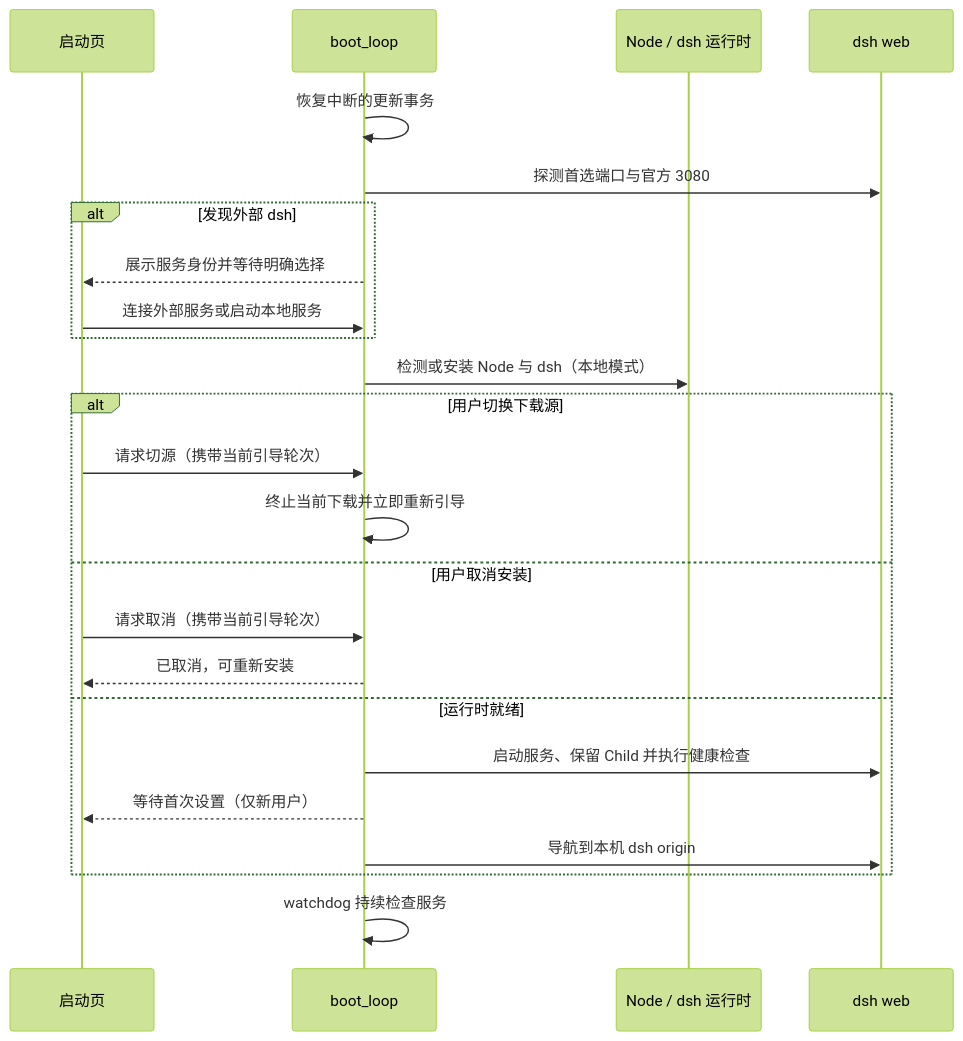
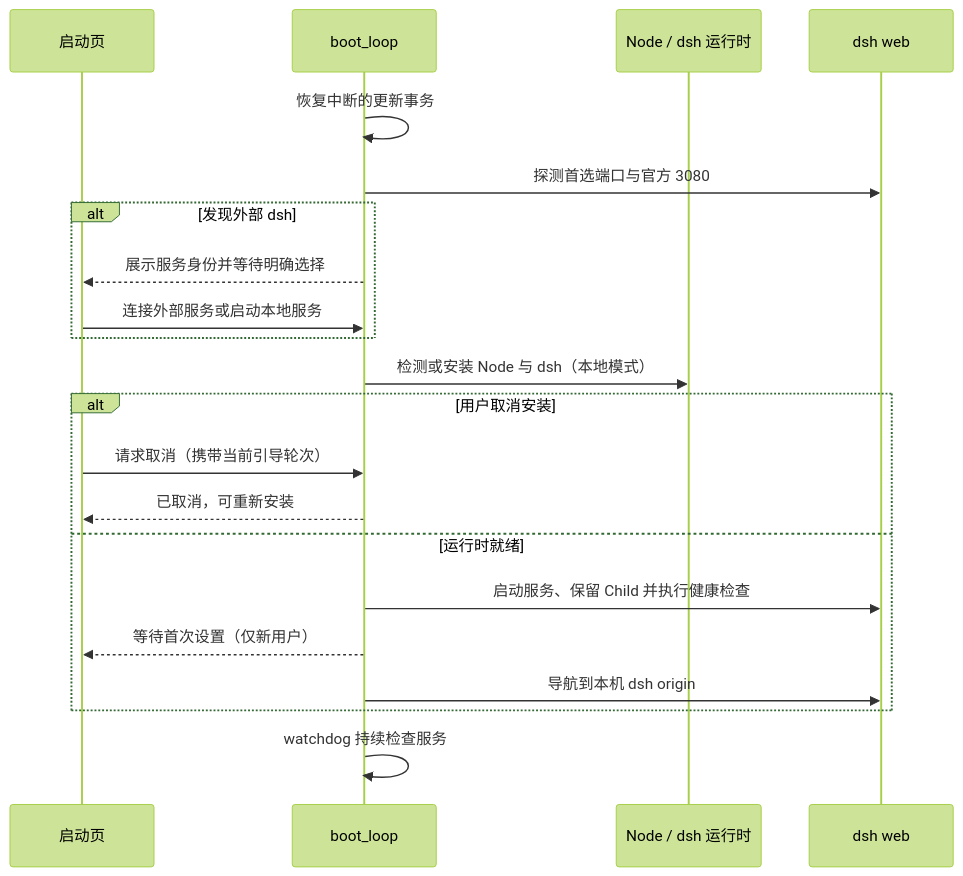
Before and after one commit to JeffioZ/dsh-box: the second of 2 diagrams in docs/architecture.md, drawn with Mermaid (forest theme). The commit also changed other lines of this file and 7 other files, not shown here.

````diff
--- a/docs/architecture.md
+++ b/docs/architecture.md
@@ -34,27 +34,24 @@
 ```mermaid
 sequenceDiagram
     participant UI as 启动页
     participant Boot as boot_loop
     participant Runtime as Node / dsh 运行时
     participant Web as dsh web
 
     Boot->>Boot: 恢复中断的更新事务
     Boot->>Web: 探测首选端口与官方 3080
     alt 发现外部 dsh
         Boot-->>UI: 展示服务身份并等待明确选择
         UI->>Boot: 连接外部服务或启动本地服务
     end
     Boot->>Runtime: 检测或安装 Node 与 dsh（本地模式）
-    alt 用户切换下载源
-        UI->>Boot: 请求切源（携带当前引导轮次）
-        Boot->>Boot: 终止当前下载并立即重新引导
-    else 用户取消安装
+    alt 用户取消安装
         UI->>Boot: 请求取消（携带当前引导轮次）
         Boot-->>UI: 已取消，可重新安装
     else 运行时就绪
         Boot->>Web: 启动服务、保留 Child 并执行健康检查
         Boot-->>UI: 等待首次设置（仅新用户）
         Boot->>Web: 导航到本机 dsh origin
     end
     Boot->>Boot: watchdog 持续检查服务
 ```
````
